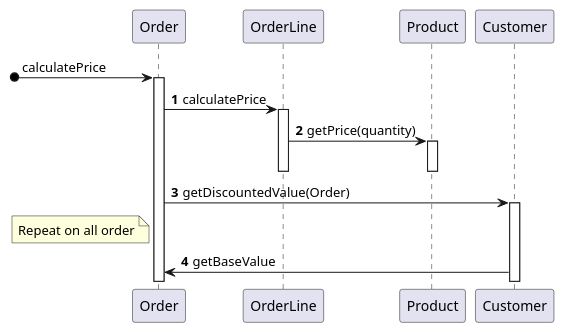
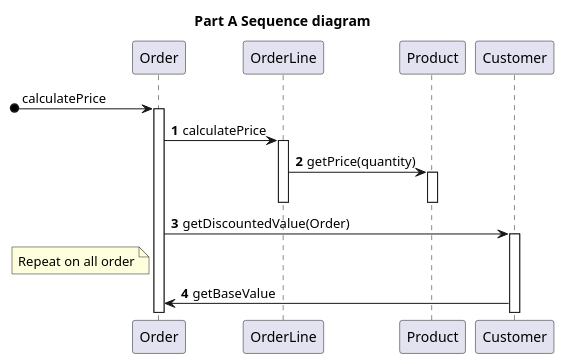
One commit to Ochirgarid/miu changed the first of 3 diagrams in CS401/lab4/Diagrams.md. Above: the diagram before and after it, drawn with PlantUML. The commit also changed other lines of this file and 480 other files, not shown here.

````diff
--- a/CS401/lab4/Diagrams.md
+++ b/CS401/lab4/Diagrams.md
@@ -5,24 +5,24 @@
 ```plantuml
 @startuml
-
+title **Part A Sequence diagram**
 [o-> Order : calculatePrice
 activate Order
 autonumber
 Order -> OrderLine : calculatePrice
 activate OrderLine
 
 OrderLine -> Product : getPrice(quantity)
 activate Product
 
 
 deactivate OrderLine
 deactivate Product
 
 Order -> Customer : getDiscountedValue(Order)
 note left of Order : Repeat on all order
 activate Customer
 Customer -> Order : getBaseValue
 
 
 @enduml
 ```
````
